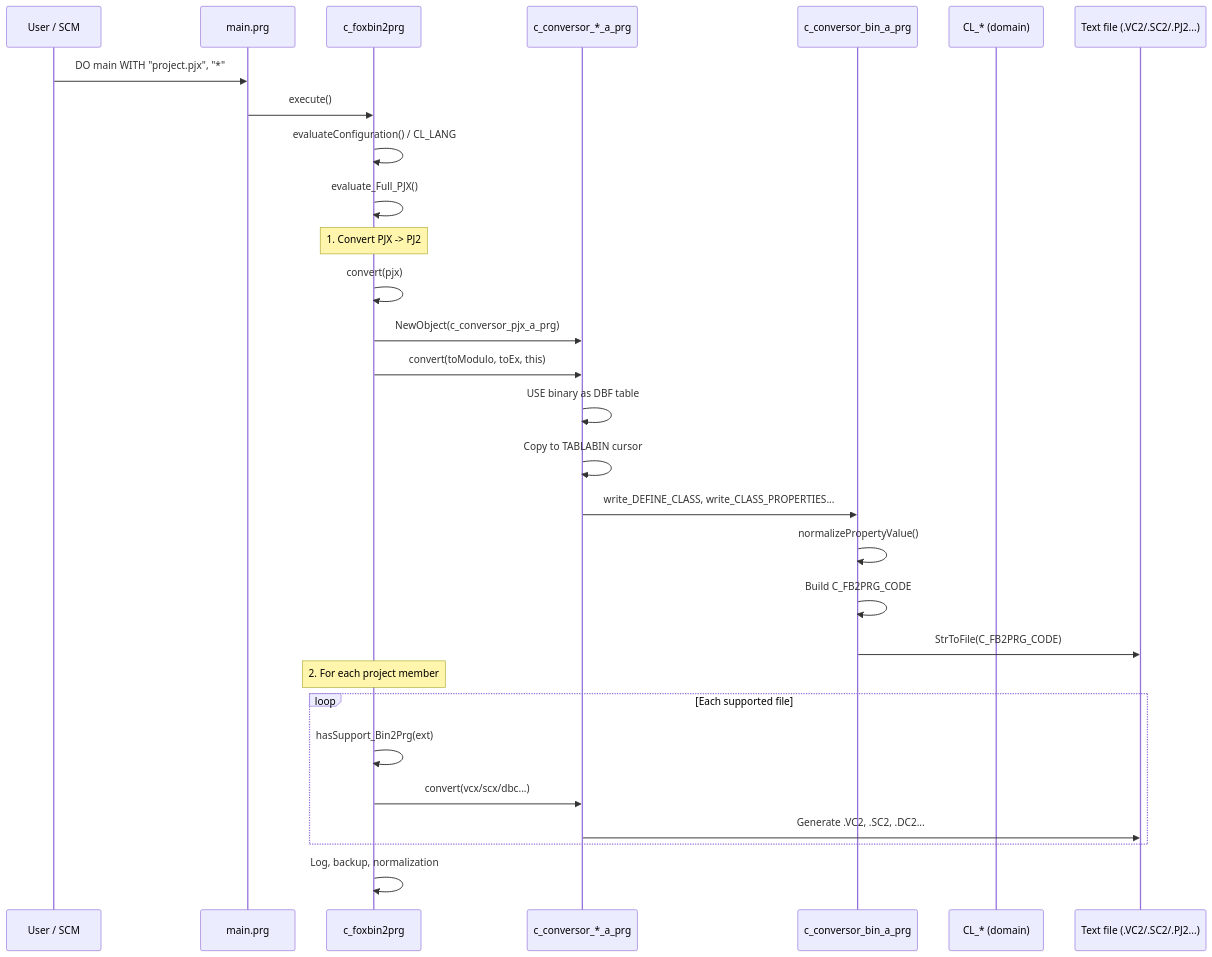
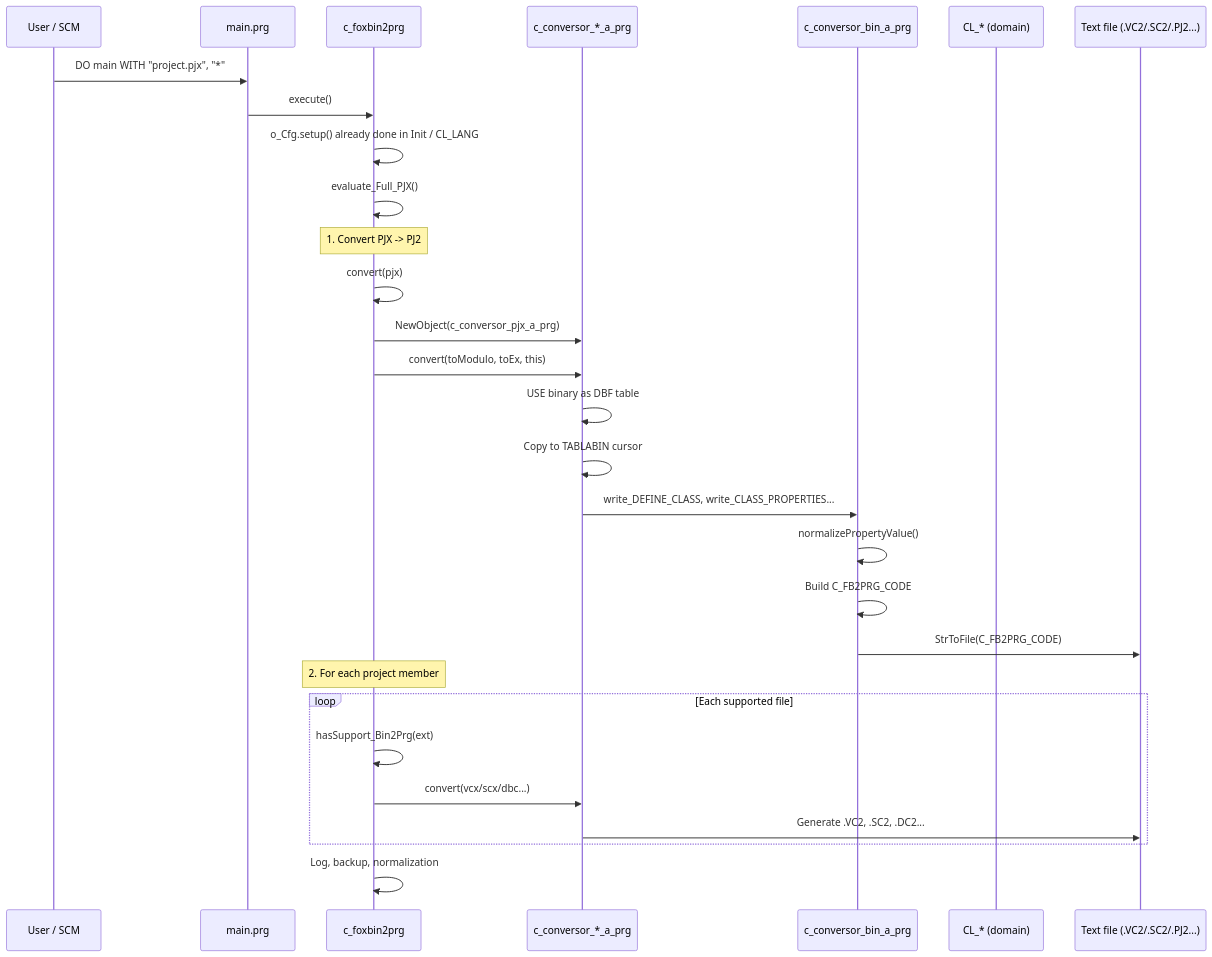
Before and after one commit to lkmatsumura/foxbin2prg: the fifth of 8 diagrams in docs/arquitetura.md, drawn with Mermaid. The commit also changed other lines of this file and 12 other files, not shown here.

````diff
--- a/docs/arquitetura.md
+++ b/docs/arquitetura.md
@@ -367,36 +366,36 @@
 ```mermaid
 sequenceDiagram
     participant U as User / SCM
     participant M as main.prg
     participant F as c_foxbin2prg
     participant C as c_conversor_*_a_prg
     participant B as c_conversor_bin_a_prg
     participant D as CL_* (domain)
     participant FS as Text file (.VC2/.SC2/.PJ2...)
 
     U->>M: DO main WITH "project.pjx", "*"
     M->>F: execute()
-    F->>F: evaluateConfiguration() / CL_LANG
+    F->>F: o_Cfg.setup() already done in Init / CL_LANG
     F->>F: evaluate_Full_PJX()
 
     Note over F: 1. Convert PJX -> PJ2
     F->>F: convert(pjx)
     F->>C: NewObject(c_conversor_pjx_a_prg)
     F->>C: convert(toModulo, toEx, this)
 
     C->>C: USE binary as DBF table
     C->>C: Copy to TABLABIN cursor
     C->>B: write_DEFINE_CLASS, write_CLASS_PROPERTIES...
     B->>B: normalizePropertyValue()
     B->>B: Build C_FB2PRG_CODE
     B->>FS: StrToFile(C_FB2PRG_CODE)
 
     Note over F: 2. For each project member
     loop Each supported file
         F->>F: hasSupport_Bin2Prg(ext)
         F->>C: convert(vcx/scx/dbc...)
         C->>FS: Generate .VC2, .SC2, .DC2...
     end
 
     F->>F: Log, backup, normalization
 ```
````
